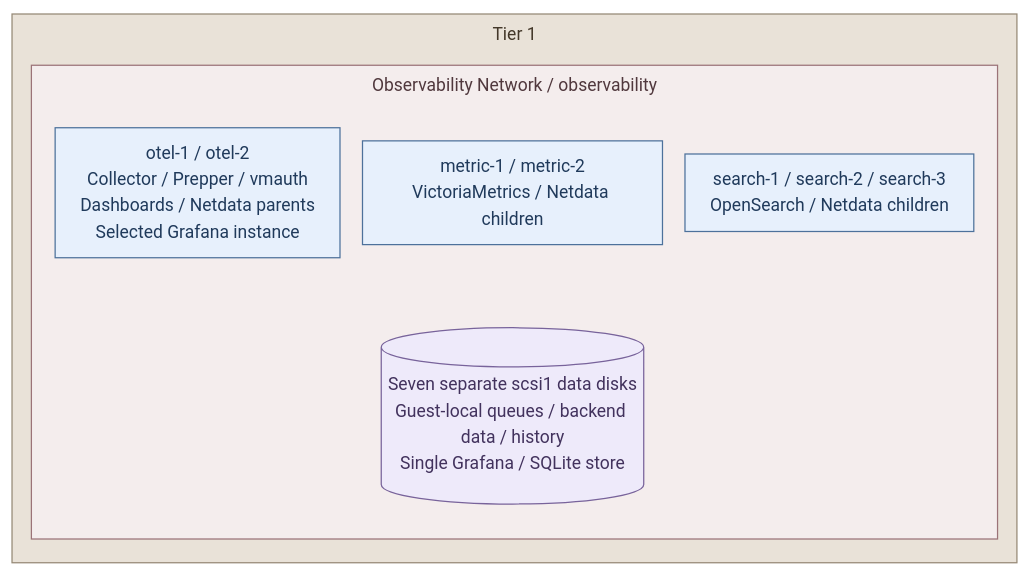
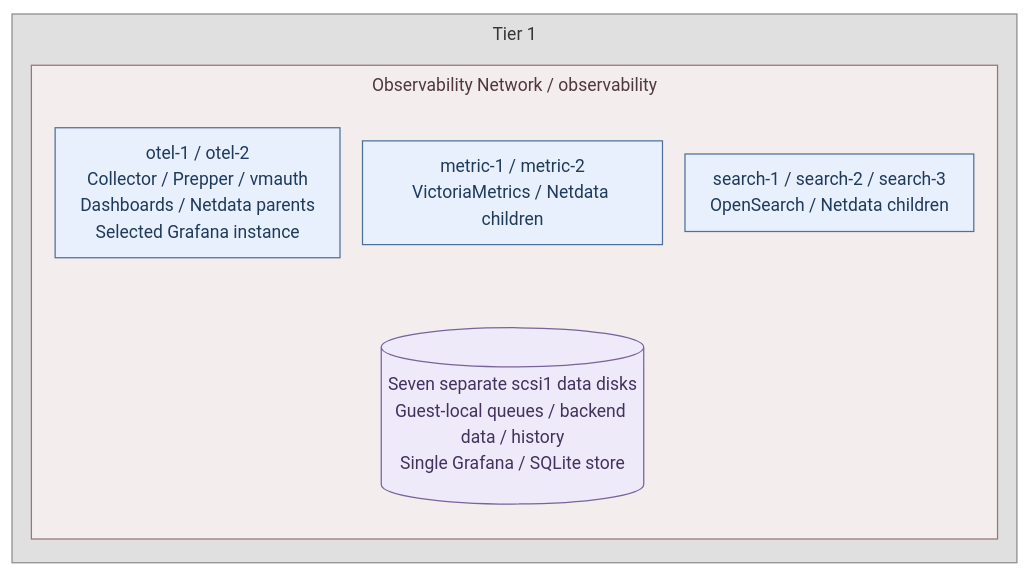
Before and after one commit to Rexus/homelab: the first of 5 diagrams in docs/05-operations/06-resilience/observability.md, drawn with Mermaid. The commit also changed other lines of this file and 91 other files, not shown here.

First line of the commit message:
docs(operations): document VMID cutover and align diagram colors

````diff
--- a/docs/05-operations/06-resilience/observability.md
+++ b/docs/05-operations/06-resilience/observability.md
@@ -64,24 +64,24 @@
 ```mermaid
 %%{init: {"theme":"base","flowchart":{"nodeSpacing":18,"rankSpacing":6,"padding":10,"subGraphTitleMargin":{"top":6,"bottom":16}},"themeVariables":{"lineColor":"#627581","edgeLabelBackground":"#f8fafc","fontFamily":"Arial, sans-serif","fontSize":"14px"},"fontFamily":"Arial, sans-serif"}}%%
 flowchart TB
   subgraph T1["Tier 1"]
     subgraph Network["Observability Network / observability"]
       O1["otel-1 / otel-2<br/>Collector / Prepper / vmauth<br/>Dashboards / Netdata parents<br/>Selected Grafana instance"]
       M1["metric-1 / metric-2<br/>VictoriaMetrics / Netdata children"]
       Search["search-1 / search-2 / search-3<br/>OpenSearch / Netdata children"]
       Disks[("Seven separate scsi1 data disks<br/>Guest-local queues / backend data / history<br/>Single Grafana / SQLite store")]
       O1 ~~~ Disks
       M1 ~~~ Disks
       Search ~~~ Disks
     end
   end
   classDef default fill:#f8fafc,stroke:#64748b,color:#1f2937
   classDef services fill:#e7f0fc,stroke:#4d719b,color:#203a5b
   classDef data fill:#eeeafa,stroke:#78639b,color:#42325d
   classDef network fill:#f4eded,stroke:#9b7378,color:#50383d
-  classDef tier1 fill:#e9e2d8,stroke:#968976,color:#44382a
+  classDef tier1 fill:#e0e0e0,stroke:#8c8c8c,color:#363636
   class O1,M1,Search services
   class Disks data
   class Network network
   class T1 tier1
 ```
````
